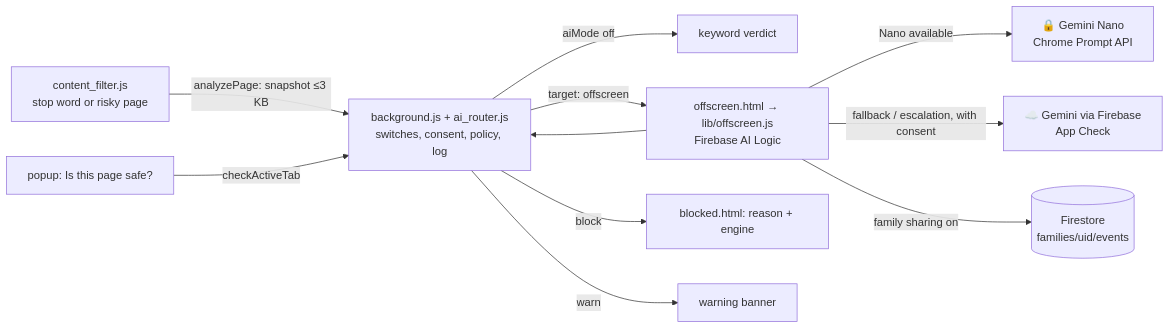
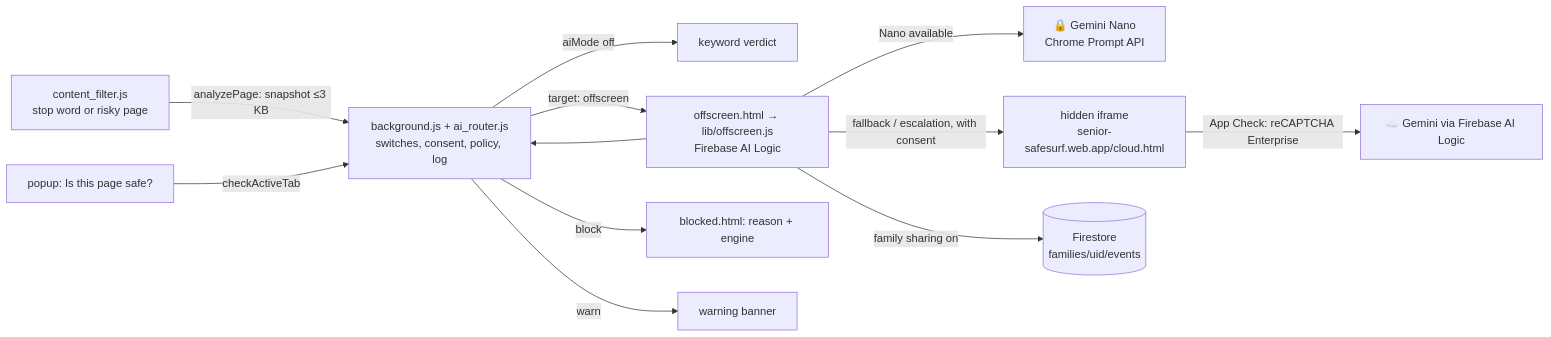
The diagram in README.md (isgudtek/senior-safesurf), drawn with Mermaid before and after one commit. The commit also changed other lines of this file and 17 other files, not shown here.

````diff
--- a/README.md
+++ b/README.md
@@ -106,13 +107,14 @@
 ```mermaid
 flowchart LR
   CS[content_filter.js<br/>stop word or risky page] -->|analyzePage: snapshot ≤3 KB| SW[background.js + ai_router.js<br/>switches, consent, policy, log]
   P[popup: Is this page safe?] -->|checkActiveTab| SW
   SW -->|aiMode off| KW[keyword verdict]
   SW -->|target: offscreen| OS[offscreen.html → lib/offscreen.js<br/>Firebase AI Logic]
   OS -->|Nano available| ND[🔒 Gemini Nano<br/>Chrome Prompt API]
-  OS -->|fallback / escalation, with consent| CL[☁️ Gemini via Firebase<br/>App Check]
+  OS -->|fallback / escalation, with consent| BR[hidden iframe<br/>senior-safesurf.web.app/cloud.html]
+  BR -->|App Check: reCAPTCHA Enterprise| CL[☁️ Gemini via Firebase AI Logic]
   OS -->|family sharing on| FS[(Firestore<br/>families/uid/events)]
   OS --> SW
   SW -->|block| BL[blocked.html: reason + engine]
   SW -->|warn| BN[warning banner]
 ```
````
